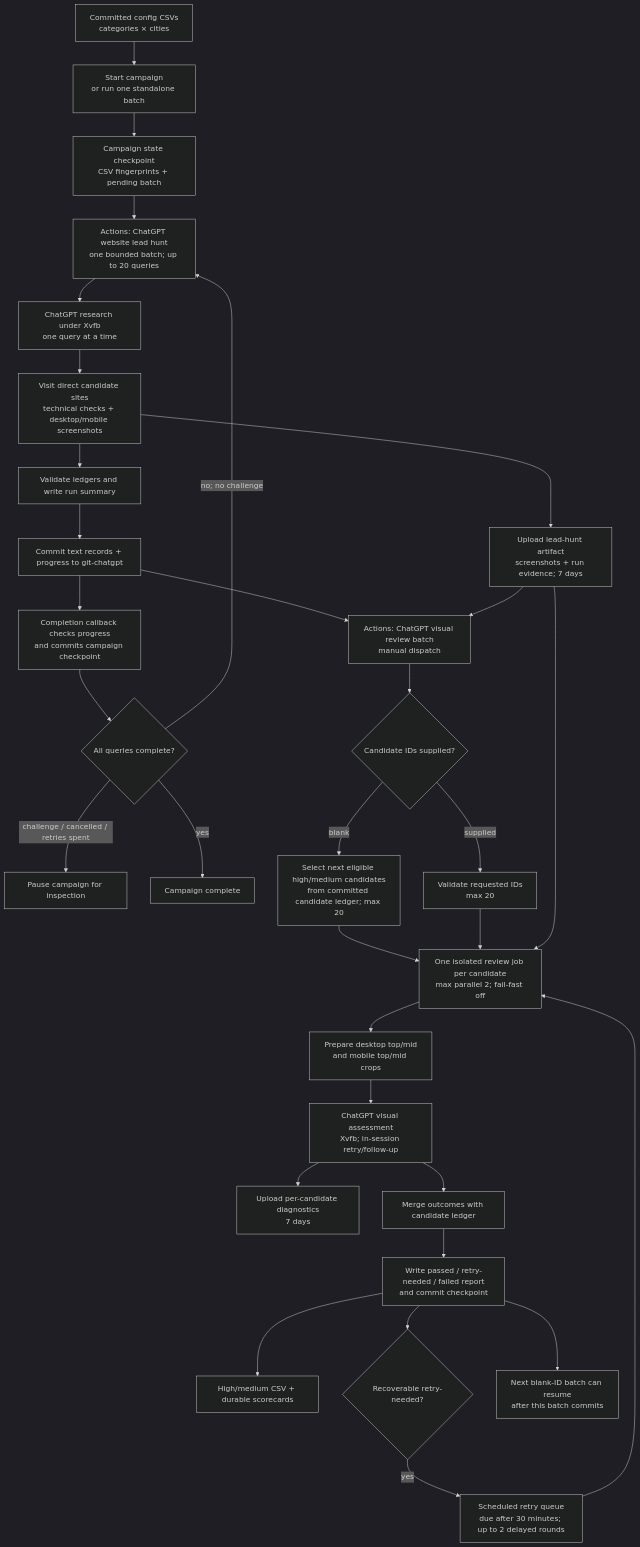
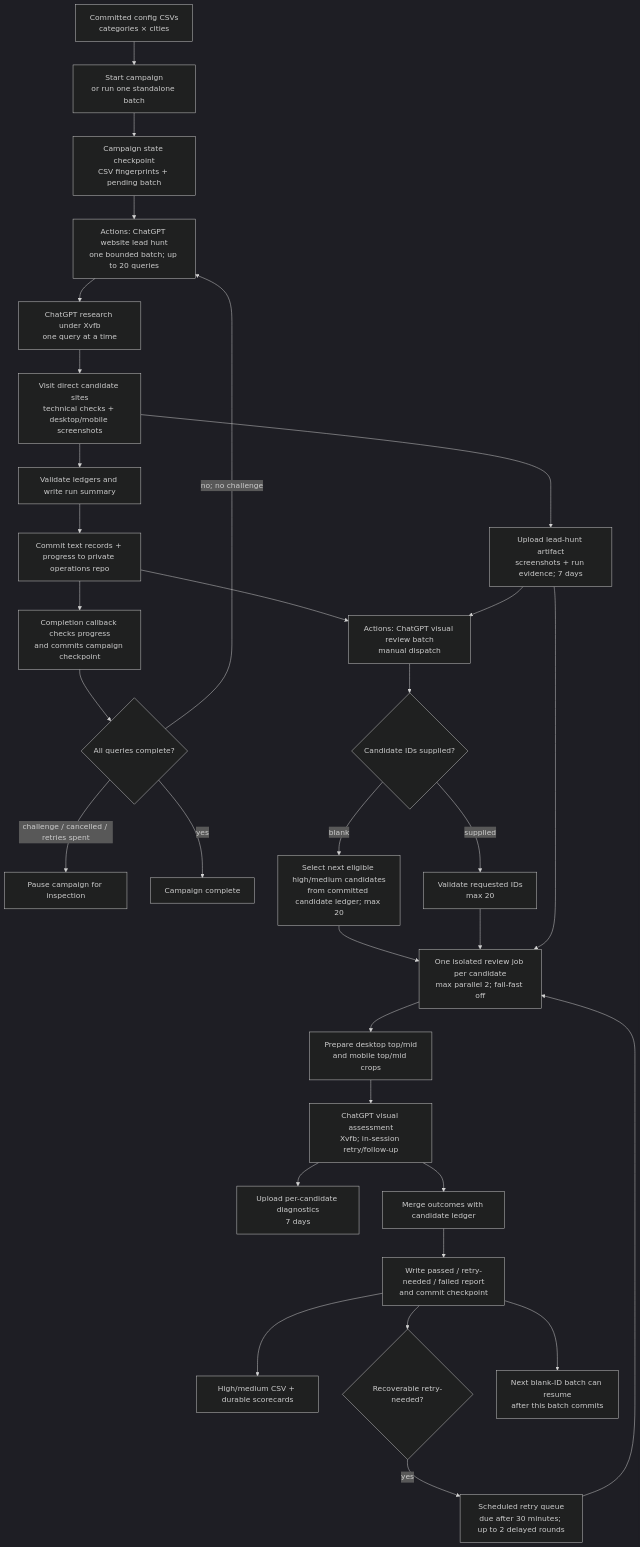
One commit to hometownredesignsites/website-lead-hunting changed the diagram in README.md. Above: the diagram before and after it, drawn with Mermaid (dark theme). The commit also changed other lines of this file and 9 other files, not shown here.

Commit message:
Store durable lead-hunt data in private operations repo

````diff
--- a/README.md
+++ b/README.md
@@ -26,34 +32,34 @@
 ```mermaid
 flowchart TD
     A[Committed config CSVs<br/>categories × cities] --> B[Start campaign<br/>or run one standalone batch]
     B --> C[Campaign state checkpoint<br/>CSV fingerprints + pending batch]
     C --> D[Actions: ChatGPT website lead hunt<br/>one bounded batch; up to 20 queries]
     D --> E[ChatGPT research under Xvfb<br/>one query at a time]
     E --> F[Visit direct candidate sites<br/>technical checks + desktop/mobile screenshots]
     F --> G[Validate ledgers and write run summary]
-    G --> H[Commit text records + progress to git-chatgpt]
+    G --> H[Commit text records + progress to private operations repo]
     F --> I[Upload lead-hunt artifact<br/>screenshots + run evidence; 7 days]
     H --> J[Completion callback checks progress<br/>and commits campaign checkpoint]
     J --> K{All queries complete?}
     K -- no; no challenge --> D
     K -- challenge / cancelled / retries spent --> L[Pause campaign for inspection]
     K -- yes --> M[Campaign complete]
     H --> N[Actions: ChatGPT visual review batch<br/>manual dispatch]
     I --> N
     N --> O{Candidate IDs supplied?}
     O -- blank --> P[Select next eligible high/medium candidates<br/>from committed candidate ledger; max 20]
     O -- supplied --> Q[Validate requested IDs<br/>max 20]
     P --> R[One isolated review job per candidate<br/>max parallel 2; fail-fast off]
     Q --> R
     I --> R
     R --> S[Prepare desktop top/mid<br/>and mobile top/mid crops]
     S --> T[ChatGPT visual assessment<br/>Xvfb; in-session retry/follow-up]
     T --> U[Upload per-candidate diagnostics<br/>7 days]
     T --> V[Merge outcomes with candidate ledger]
     V --> W[Write passed / retry-needed / failed report<br/>and commit checkpoint]
     W --> X[High/medium CSV + durable scorecards]
     W --> Y{Recoverable retry-needed?}
     Y -- yes --> Z[Scheduled retry queue<br/>due after 30 minutes; up to 2 delayed rounds]
     Z --> R
     W --> AA[Next blank-ID batch can resume<br/>after this batch commits]
 ```
````
